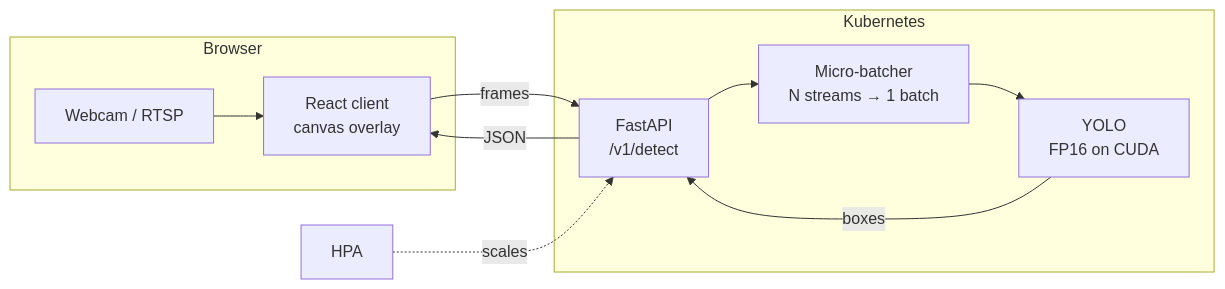
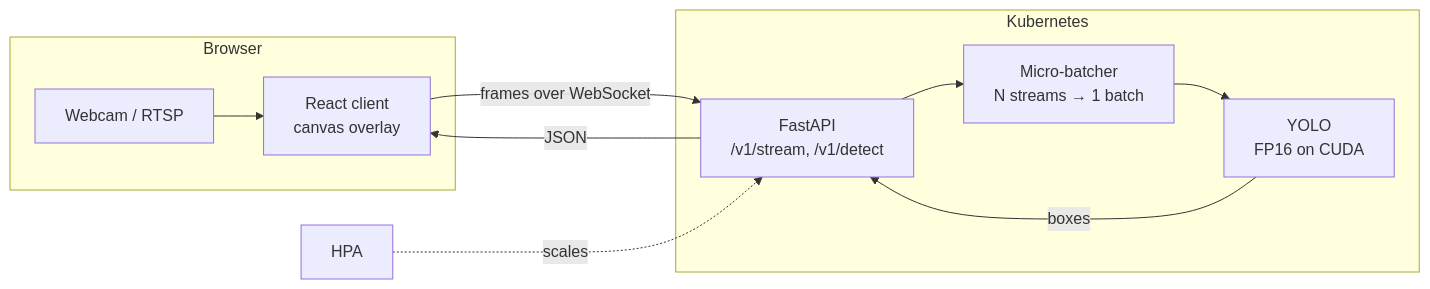
Before and after one commit to mohammadazam7/ai_multimodal_assistant: the diagram in README.md, drawn with Mermaid. The commit also changed other lines of this file and 2 other files, not shown here.

First line of the commit message:
Document the stream endpoint and batching settings; tick M2

````diff
--- a/README.md
+++ b/README.md
@@ -21,16 +21,16 @@
 ```mermaid
 flowchart LR
     subgraph Browser
       CAM[Webcam / RTSP] --> UI[React client<br/>canvas overlay]
     end
-    UI -- frames --> API[FastAPI<br/>/v1/detect]
+    UI -- frames over WebSocket --> API[FastAPI<br/>/v1/stream, /v1/detect]
     API --> B[Micro-batcher<br/>N streams → 1 batch]
     B --> M[YOLO<br/>FP16 on CUDA]
     M -- boxes --> API -- JSON --> UI
     subgraph Kubernetes
       API
       B
       M
     end
     HPA[HPA] -. scales .-> API
 ```
````
